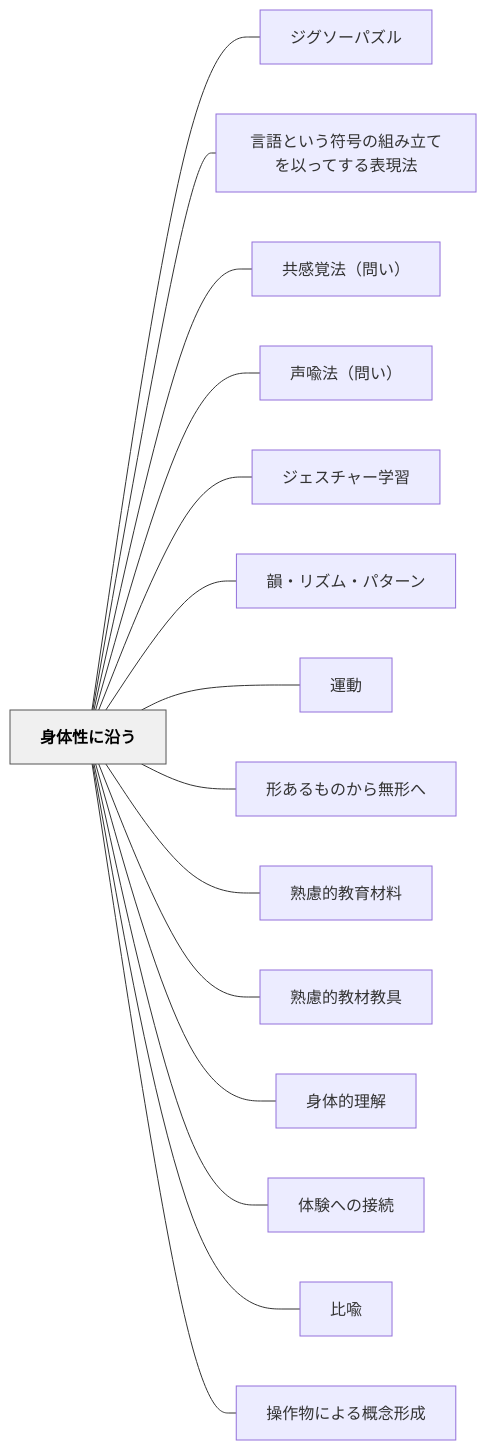
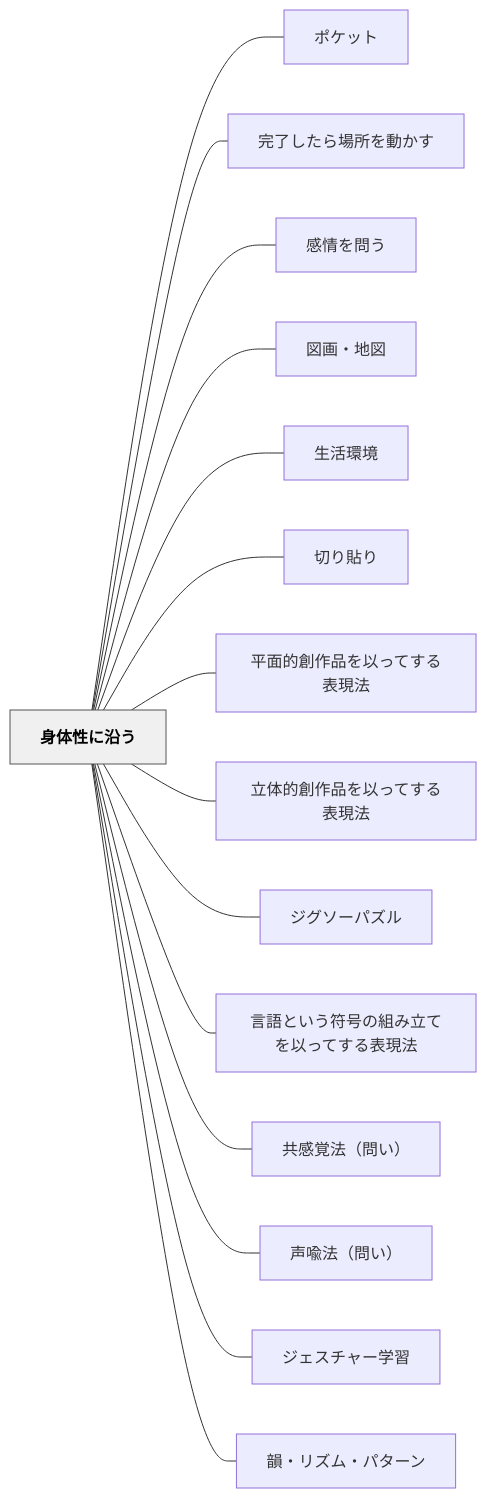
One commit to unknownthings-ed-patterns/unknownthings-ed-patterns changed the diagram in content/パタン/身体性に沿う.md. Above: the diagram before and after it, drawn with Mermaid. The commit also changed other lines of this file and 71 other files, not shown here.

````diff
--- a/content/パタン/身体性に沿う.md
+++ b/content/パタン/身体性に沿う.md
@@ -80,36 +88,36 @@
 ```mermaid
 flowchart LR
     ne8baabe4bd93e680a7e381abe6b2bfe38186["身体性に沿う"]
+    ne3839de382b1e38383e38388["ポケット"]
+    ne5ae8ce4ba86e38197e3819fe38289e5a0b4e68980e38292e58b95e3818be38199["完了したら場所を動かす"]
+    ne6849fe68385e38292e5958fe38186["感情を問う"]
+    ne59bb3e794bbe383bbe59cb0e59bb3["図画・地図"]
+    ne7949fe6b4bbe792b0e5a283["生活環境"]
+    ne58887e3828ae8b2bce3828a["切り貼り"]
+    ne5b9b3e99da2e79a84e589b5e4bd9ce59381e38292e4bba5e381a3e381a6e38199e3828be8a1a8e78fbee6b395["平面的創作品を以ってする表現法"]
+    ne7ab8be4bd93e79a84e589b5e4bd9ce59381e38292e4bba5e381a3e381a6e38199e3828be8a1a8e78fbee6b395["立体的創作品を以ってする表現法"]
     ne382b8e382b0e382bde383bce38391e382bae383ab["ジグソーパズル"]
     ne8a880e8aa9ee381a8e38184e38186e7aca6e58fb7e381aee7b584e381bfe7ab8be381a6e38292e4bba5e381a3e381a6e38199e3828be8a1a8e78fbee6b395["言語という符号の組み立てを以ってする表現法"]
     ne585b1e6849fe8a69ae6b395efbc88e5958fe38184efbc89["共感覚法（問い）"]
     ne5a3b0e596a9e6b395efbc88e5958fe38184efbc89["声喩法（問い）"]
     ne382b8e382a7e382b9e38381e383a3e383bce5ada6e7bf92["ジェスチャー学習"]
     ne99fbbe383bbe383aae382bae383a0e383bbe38391e382bfe383bce383b3["韻・リズム・パターン"]
-    ne9818be58b95["運動"]
-    ne5bda2e38182e3828be38282e381aee3818be38289e784a1e5bda2e381b8["形あるものから無形へ"]
-    ne7869fe685aee79a84e69599e882b2e69d90e69699["熟慮的教育材料"]
-    ne7869fe685aee79a84e69599e69d90e69599e585b7["熟慮的教材教具"]
-    ne8baabe4bd93e79a84e79086e8a7a3["身体的理解"]
-    ne4bd93e9a893e381b8e381aee68ea5e7b69a["体験への接続"]
-    ne6af94e596a9["比喩"]
-    ne6938de4bd9ce789a9e381abe38288e3828be6a682e5bfb5e5bda2e68890["操作物による概念形成"]
 
+    ne8baabe4bd93e680a7e381abe6b2bfe38186 --- ne3839de382b1e38383e38388
+    ne8baabe4bd93e680a7e381abe6b2bfe38186 --- ne5ae8ce4ba86e38197e3819fe38289e5a0b4e68980e38292e58b95e3818be38199
+    ne8baabe4bd93e680a7e381abe6b2bfe38186 --- ne6849fe68385e38292e5958fe38186
+    ne8baabe4bd93e680a7e381abe6b2bfe38186 --- ne59bb3e794bbe383bbe59cb0e59bb3
+    ne8baabe4bd93e680a7e381abe6b2bfe38186 --- ne7949fe6b4bbe792b0e5a283
+    ne8baabe4bd93e680a7e381abe6b2bfe38186 --- ne58887e3828ae8b2bce3828a
+    ne8baabe4bd93e680a7e381abe6b2bfe38186 --- ne5b9b3e99da2e79a84e589b5e4bd9ce59381e38292e4bba5e381a3e381a6e38199e3828be8a1a8e78fbee6b395
+    ne8baabe4bd93e680a7e381abe6b2bfe38186 --- ne7ab8be4bd93e79a84e589b5e4bd9ce59381e38292e4bba5e381a3e381a6e38199e3828be8a1a8e78fbee6b395
     ne8baabe4bd93e680a7e381abe6b2bfe38186 --- ne382b8e382b0e382bde383bce38391e382bae383ab
     ne8baabe4bd93e680a7e381abe6b2bfe38186 --- ne8a880e8aa9ee381a8e38184e38186e7aca6e58fb7e381aee7b584e381bfe7ab8be381a6e38292e4bba5e381a3e381a6e38199e3828be8a1a8e78fbee6b395
     ne8baabe4bd93e680a7e381abe6b2bfe38186 --- ne585b1e6849fe8a69ae6b395efbc88e5958fe38184efbc89
     ne8baabe4bd93e680a7e381abe6b2bfe38186 --- ne5a3b0e596a9e6b395efbc88e5958fe38184efbc89
     ne8baabe4bd93e680a7e381abe6b2bfe38186 --- ne382b8e382a7e382b9e38381e383a3e383bce5ada6e7bf92
     ne8baabe4bd93e680a7e381abe6b2bfe38186 --- ne99fbbe383bbe383aae382bae383a0e383bbe38391e382bfe383bce383b3
-    ne8baabe4bd93e680a7e381abe6b2bfe38186 --- ne9818be58b95
-    ne8baabe4bd93e680a7e381abe6b2bfe38186 --- ne5bda2e38182e3828be38282e381aee3818be38289e784a1e5bda2e381b8
-    ne8baabe4bd93e680a7e381abe6b2bfe38186 --- ne7869fe685aee79a84e69599e882b2e69d90e69699
-    ne8baabe4bd93e680a7e381abe6b2bfe38186 --- ne7869fe685aee79a84e69599e69d90e69599e585b7
-    ne8baabe4bd93e680a7e381abe6b2bfe38186 --- ne8baabe4bd93e79a84e79086e8a7a3
-    ne8baabe4bd93e680a7e381abe6b2bfe38186 --- ne4bd93e9a893e381b8e381aee68ea5e7b69a
-    ne8baabe4bd93e680a7e381abe6b2bfe38186 --- ne6af94e596a9
-    ne8baabe4bd93e680a7e381abe6b2bfe38186 --- ne6938de4bd9ce789a9e381abe38288e3828be6a682e5bfb5e5bda2e68890
 
     classDef hub fill:#f0f0f0,stroke:#555,color:#000,font-weight:bold
     class ne8baabe4bd93e680a7e381abe6b2bfe38186 hub
 ```
````
